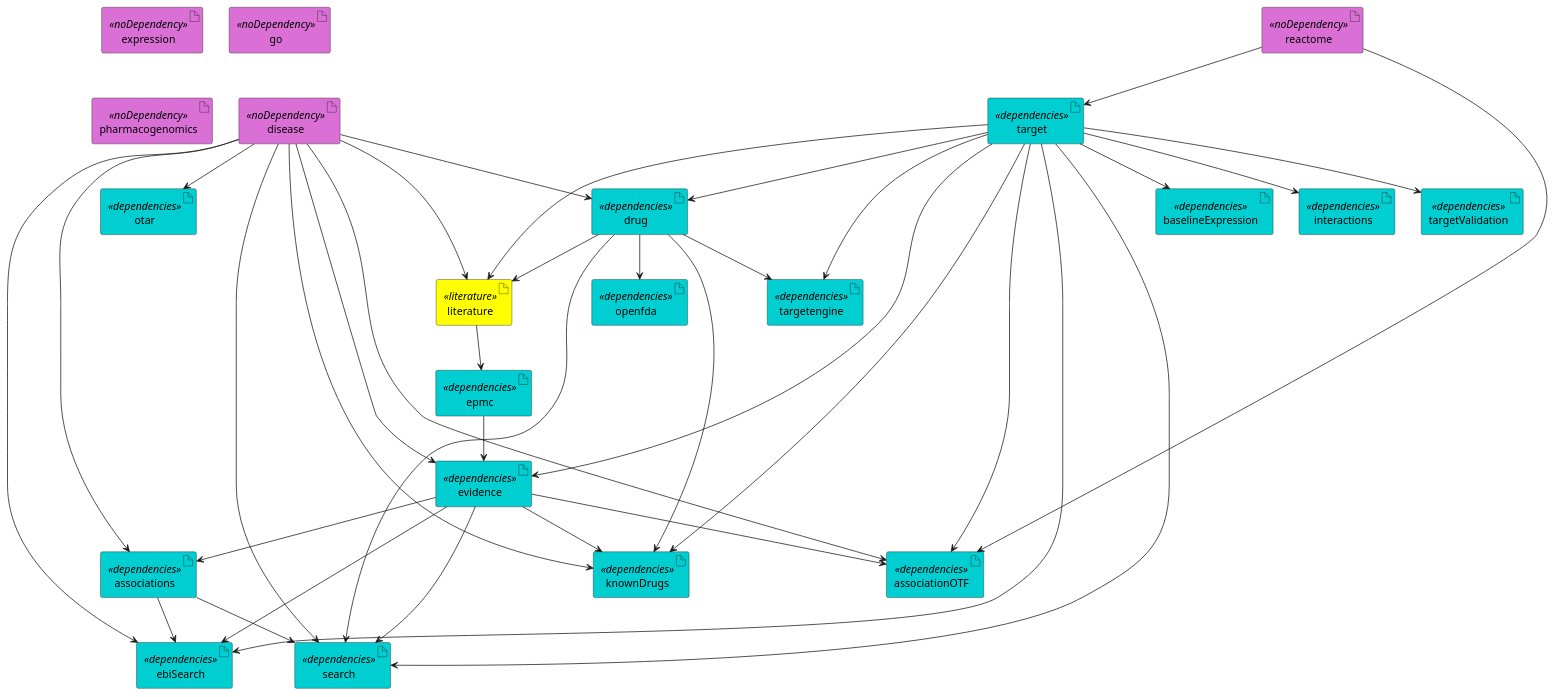
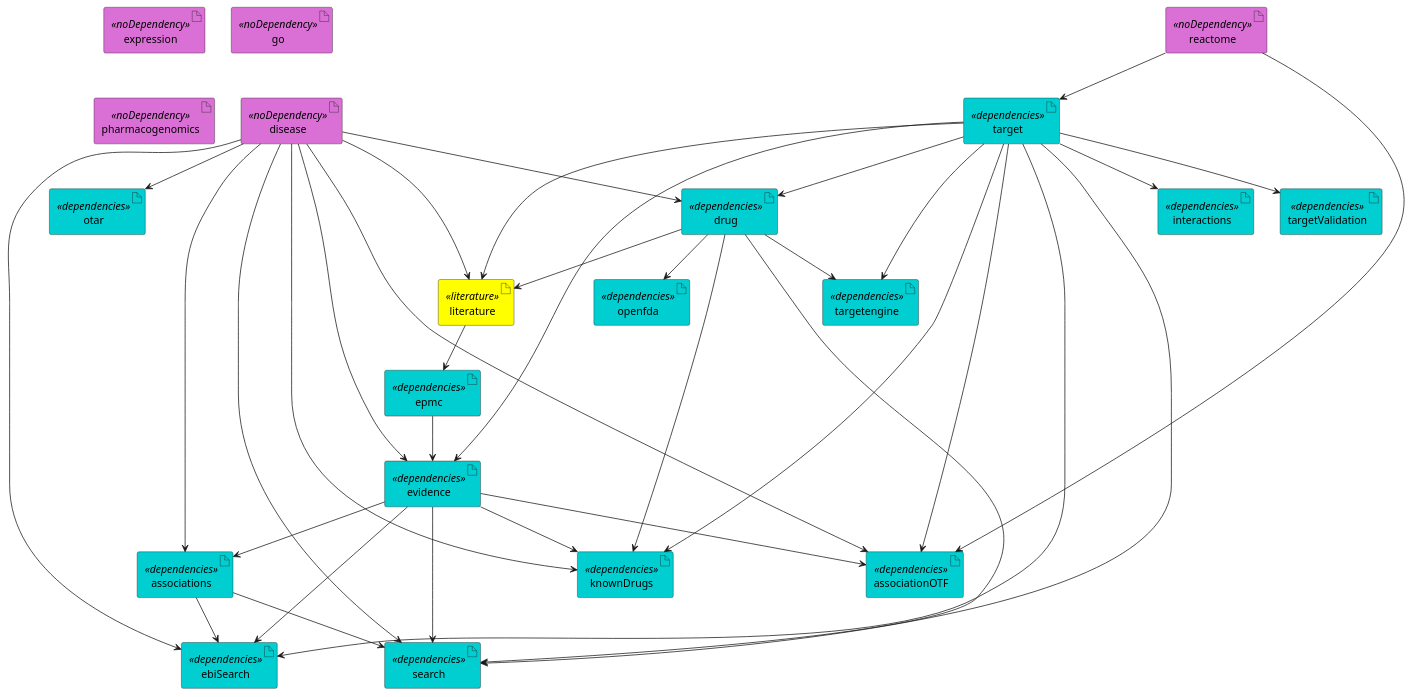
The diagram in documentation/etl_current.puml (opentargets/platform-etl-backend), drawn with PlantUML before and after one commit. The commit also changed 6 other files, not shown here.

Commit message:
Undo baseline expression

```diff
--- a/documentation/etl_current.puml
+++ b/documentation/etl_current.puml
@@ -1,80 +1,77 @@
 @startuml
 skinparam interface {
     backgroundColor<<input>> darkblue
     backgroundColor<<output>> cyan
 }
 skinparam artifact {
      backgroundColor<<noDependency>> orchid
      backgroundColor<<dependencies>> darkturquoise
      backgroundColor<<literature>> yellow
  }
 ' steps
 artifact literature <<literature>>
 artifact associations <<dependencies>>
 artifact associationOTF <<dependencies>>
 artifact disease <<noDependency>>
 artifact drug <<dependencies>>
 artifact epmc <<dependencies>>
 artifact evidence <<dependencies>>
 artifact expression <<noDependency>>
-artifact baselineExpression <<dependencies>>
 artifact go <<noDependency>>
 artifact interactions <<dependencies>>
 artifact knownDrugs <<dependencies>>
 artifact targetValidation<<dependencies>>
 artifact reactome <<noDependency>>
 artifact search <<dependencies>>
 artifact target <<dependencies>>
 artifact openfda <<dependencies>>
 artifact ebiSearch <<dependencies>>
 artifact otar <<dependencies>>
 artifact targetengine <<dependencies>>
 artifact pharmacogenomics <<noDependency>>
 
 disease --> otar
 reactome --> target
 
 evidence --> associations
 disease --> associations
 
 reactome --> associationOTF
 evidence --> associationOTF
 disease --> associationOTF
 target --> associationOTF
 
 target --> drug
 disease --> drug
 target --> evidence
 disease --> evidence
 
 evidence --> knownDrugs
 disease --> knownDrugs
 target --> knownDrugs
 drug --> knownDrugs
 
 evidence --> search
 disease --> search
 target --> search
 drug --> search
 associations --> search
 
 target --> interactions
 target --> targetengine
 target --> targetValidation
 
-target --> baselineExpression
-
 drug --> openfda
 drug --> targetengine
 
 disease --> ebiSearch
 target --> ebiSearch
 evidence --> ebiSearch
 associations --> ebiSearch
 
 epmc --> evidence
 literature --> epmc
 target --> literature
 drug --> literature
 disease --> literature
 @enduml
```
